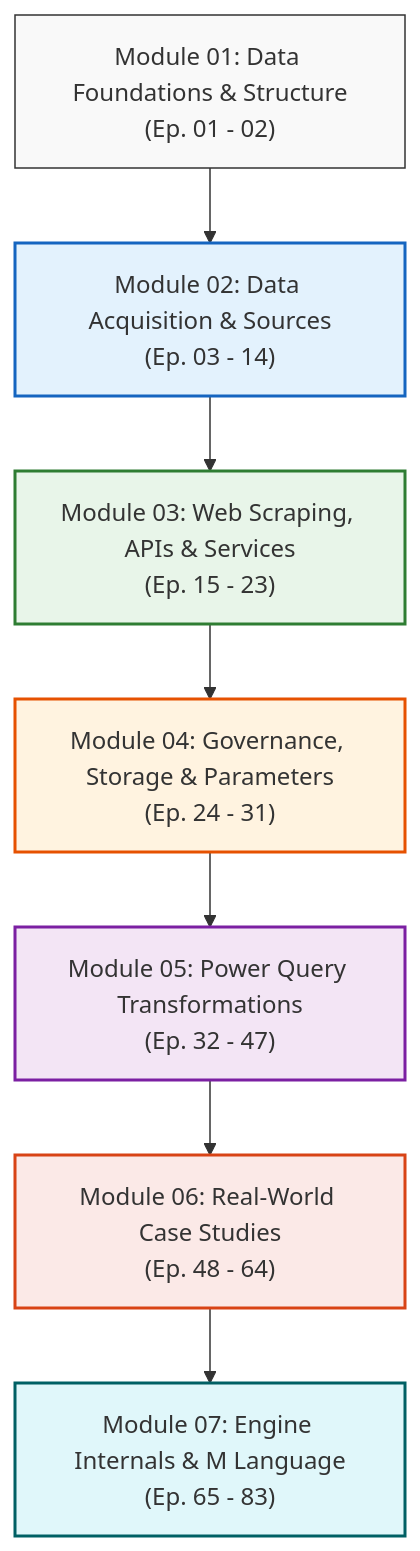
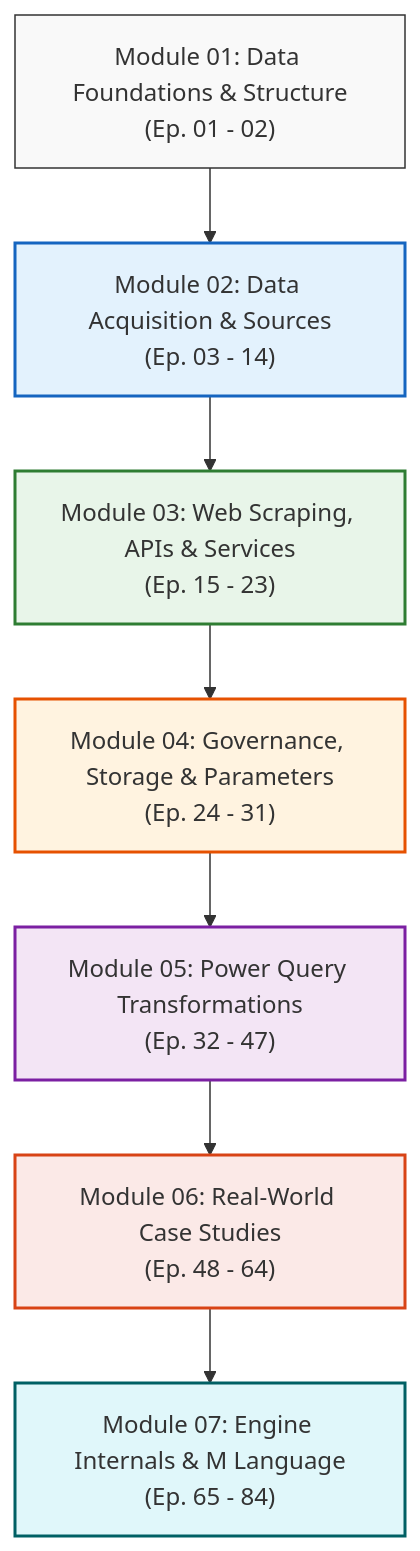
The diagram in CURRICULUM.md (Sohila-Khaled-Abbas/powerbi-data-analysis-diploma), drawn with Mermaid before and after one commit. The commit also changed other lines of this file and 9 other files, not shown here.

````diff
--- a/CURRICULUM.md
+++ b/CURRICULUM.md
@@ -14,17 +14,17 @@
 ```mermaid
 flowchart TD
     M1["Module 01: Data Foundations & Structure<br>(Ep. 01 - 02)"] --> M2["Module 02: Data Acquisition & Sources<br>(Ep. 03 - 14)"]
     M2 --> M3["Module 03: Web Scraping, APIs & Services<br>(Ep. 15 - 23)"]
     M3 --> M4["Module 04: Governance, Storage & Parameters<br>(Ep. 24 - 31)"]
     M4 --> M5["Module 05: Power Query Transformations<br>(Ep. 32 - 47)"]
     M5 --> M6["Module 06: Real-World Case Studies<br>(Ep. 48 - 64)"]
-    M6 --> M7["Module 07: Engine Internals & M Language<br>(Ep. 65 - 83)"]
+    M6 --> M7["Module 07: Engine Internals & M Language<br>(Ep. 65 - 84)"]
 
     style M1 fill:#f9f9f9,stroke:#333,stroke-width:1px
     style M2 fill:#e3f2fd,stroke:#1565c0,stroke-width:2px
     style M3 fill:#e8f5e9,stroke:#2e7d32,stroke-width:2px
     style M4 fill:#fff3e0,stroke:#e65100,stroke-width:2px
     style M5 fill:#f3e5f5,stroke:#7b1fa2,stroke-width:2px
     style M6 fill:#fbe9e7,stroke:#d84315,stroke-width:2px
     style M7 fill:#e0f7fa,stroke:#006064,stroke-width:2px
 ```
````
